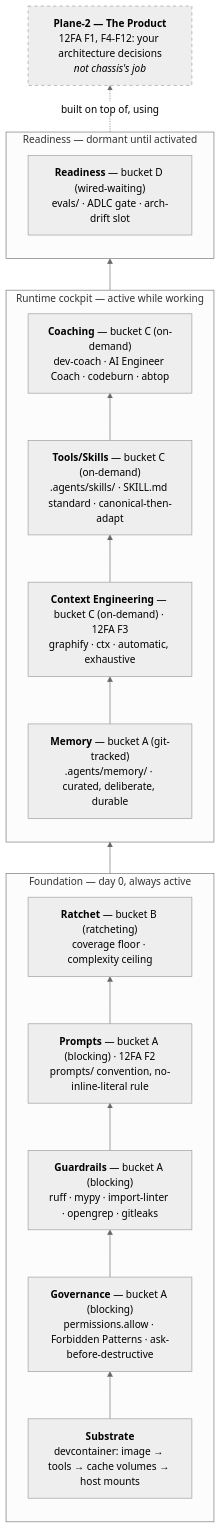
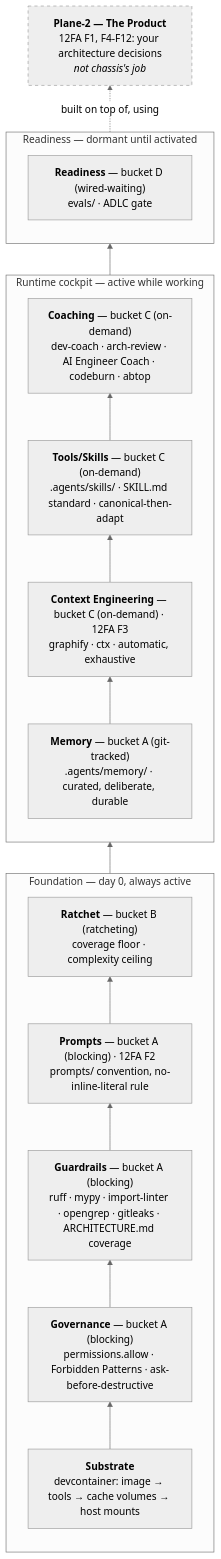
The diagram in docs/explanation/design.md (kaiverse-io/chassis), drawn with Mermaid (neutral theme) before and after one commit. The commit also changed other lines of this file and 8 other files, not shown here.

First line of the commit message:
feat: activate arch-drift slot — ARCHITECTURE.md coverage gate + arch-review skill

````diff
--- a/docs/explanation/design.md
+++ b/docs/explanation/design.md
@@ -106,32 +109,32 @@
 ```mermaid
 flowchart BT
     subgraph Foundation["Foundation — day 0, always active"]
         direction BT
         Substrate["<b>Substrate</b><br/>devcontainer: image → tools → cache volumes → host mounts"]
         Governance["<b>Governance</b> — bucket A (blocking)<br/>permissions.allow · Forbidden Patterns · ask-before-destructive"]
-        Guardrails["<b>Guardrails</b> — bucket A (blocking)<br/>ruff · mypy · import-linter · opengrep · gitleaks"]
+        Guardrails["<b>Guardrails</b> — bucket A (blocking)<br/>ruff · mypy · import-linter · opengrep · gitleaks · ARCHITECTURE.md coverage"]
         Prompts["<b>Prompts</b> — bucket A (blocking) · 12FA F2<br/>prompts/ convention, no-inline-literal rule"]
         Ratchet["<b>Ratchet</b> — bucket B (ratcheting)<br/>coverage floor · complexity ceiling"]
         Substrate --> Governance --> Guardrails --> Prompts --> Ratchet
     end
 
     subgraph Cockpit["Runtime cockpit — active while working"]
         direction BT
         Memory["<b>Memory</b> — bucket A (git-tracked)<br/>.agents/memory/ · curated, deliberate, durable"]
         Context["<b>Context Engineering</b> — bucket C (on-demand) · 12FA F3<br/>graphify · ctx · automatic, exhaustive"]
         Tools["<b>Tools/Skills</b> — bucket C (on-demand)<br/>.agents/skills/ · SKILL.md standard · canonical-then-adapt"]
-        Coaching["<b>Coaching</b> — bucket C (on-demand)<br/>dev-coach · AI Engineer Coach · codeburn · abtop"]
+        Coaching["<b>Coaching</b> — bucket C (on-demand)<br/>dev-coach · arch-review · AI Engineer Coach · codeburn · abtop"]
         Memory --> Context --> Tools --> Coaching
     end
 
     subgraph Readiness["Readiness — dormant until activated"]
-        ReadinessLayer["<b>Readiness</b> — bucket D (wired-waiting)<br/>evals/ · ADLC gate · arch-drift slot"]
+        ReadinessLayer["<b>Readiness</b> — bucket D (wired-waiting)<br/>evals/ · ADLC gate"]
     end
 
     Foundation --> Cockpit --> Readiness
 
     Product["<b>Plane-2 — The Product</b><br/>12FA F1, F4-F12: your architecture decisions<br/><i>not chassis's job</i>"]
     Readiness -.->|built on top of, using| Product
 
     style Product stroke-dasharray: 5 5
 ```
````
